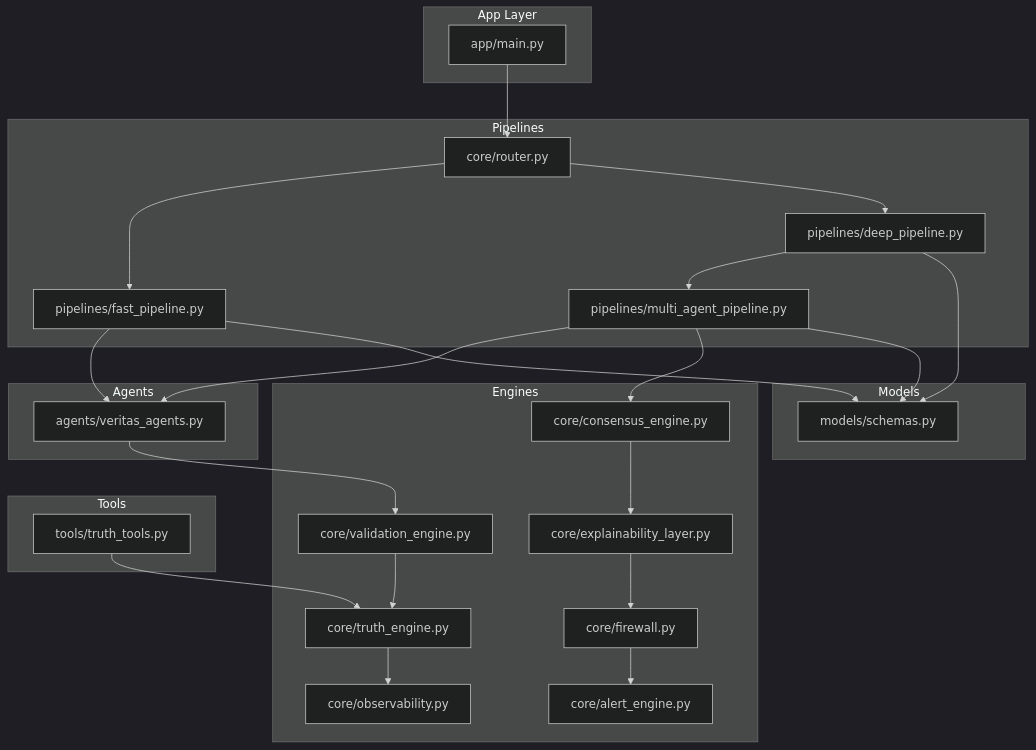
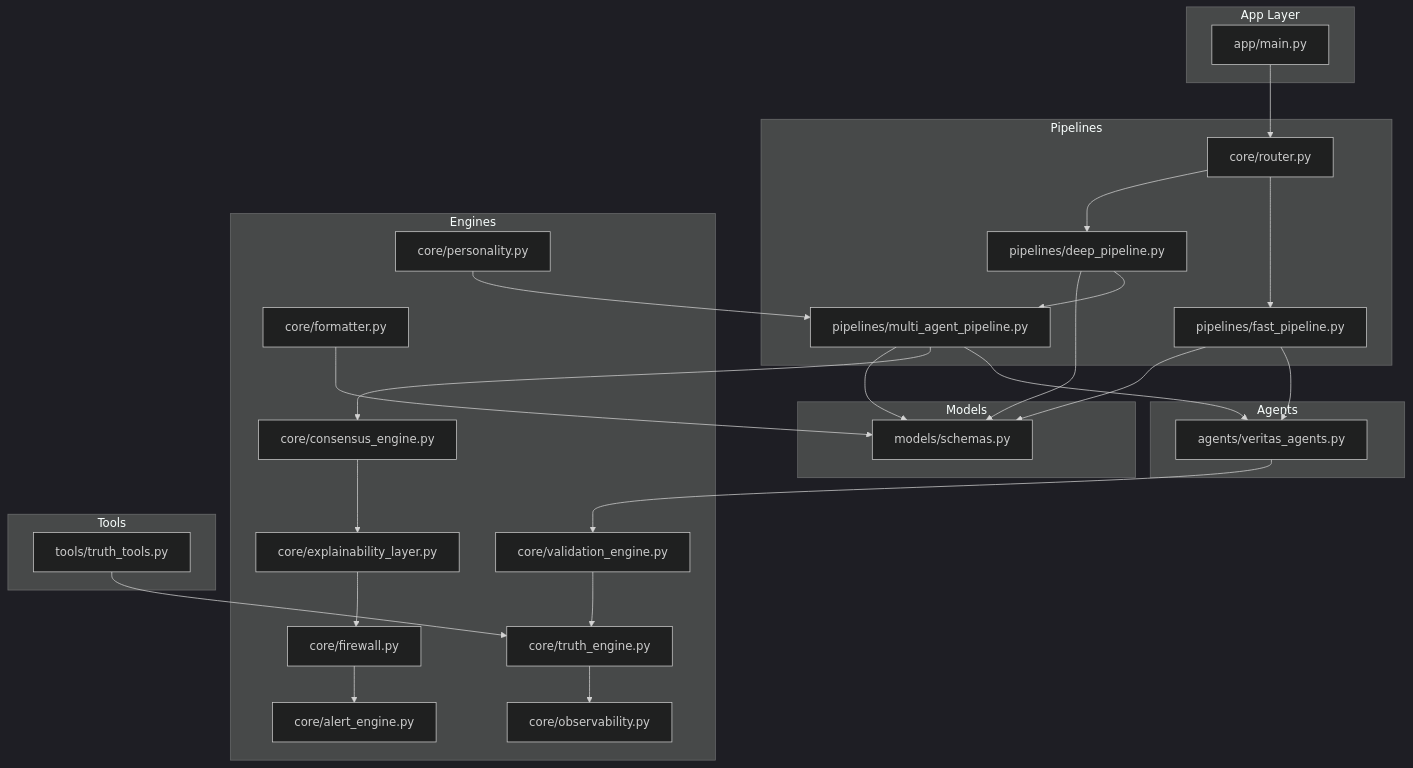
The first of 6 diagrams in .qoder/repowiki/en/content/Core Components/Core Components.md (Anmo07/Friday), drawn with Mermaid (dark theme) before and after one commit. The commit also changed other lines of this file and 931 other files, not shown here.

````diff
--- a/.qoder/repowiki/en/content/Core Components/Core Components.md
+++ b/.qoder/repowiki/en/content/Core Components/Core Components.md
@@ -46,47 +57,51 @@
 ```mermaid
 graph TB
 subgraph "App Layer"
 MAIN["app/main.py"]
 end
 subgraph "Pipelines"
 ROUTER["core/router.py"]
 FAST["pipelines/fast_pipeline.py"]
 DEEP["pipelines/deep_pipeline.py"]
 MAP["pipelines/multi_agent_pipeline.py"]
 end
 subgraph "Agents"
 VAG["agents/veritas_agents.py"]
 end
 subgraph "Engines"
 TE["core/truth_engine.py"]
 VE["core/validation_engine.py"]
 CE["core/consensus_engine.py"]
 EX["core/explainability_layer.py"]
 FW["core/firewall.py"]
 AE["core/alert_engine.py"]
 OB["core/observability.py"]
+FR["core/formatter.py"]
+PP["core/personality.py"]
 end
 subgraph "Models"
 SCH["models/schemas.py"]
 end
 subgraph "Tools"
 TT["tools/truth_tools.py"]
 end
 MAIN --> ROUTER
 ROUTER --> FAST
 ROUTER --> DEEP
 DEEP --> MAP
 FAST --> VAG
 MAP --> VAG
 VAG --> VE
 VE --> TE
 MAP --> CE
 CE --> EX
 EX --> FW
 FW --> AE
 TE --> OB
 TT --> TE
 MAP --> SCH
 FAST --> SCH
 DEEP --> SCH
+FR --> SCH
+PP --> MAP
 ```
````
